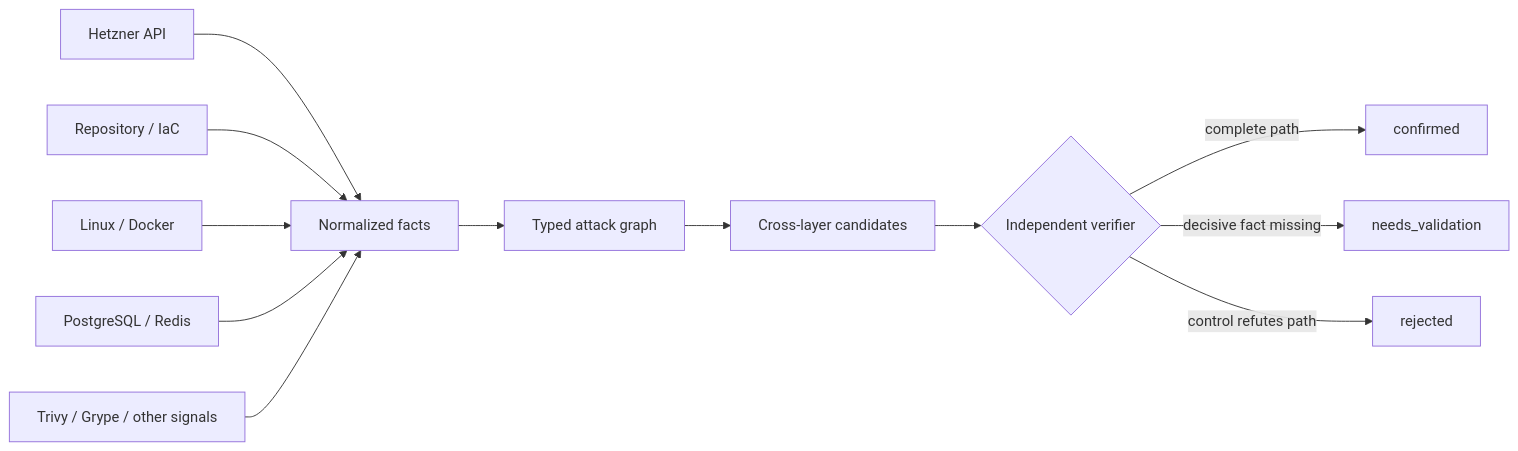
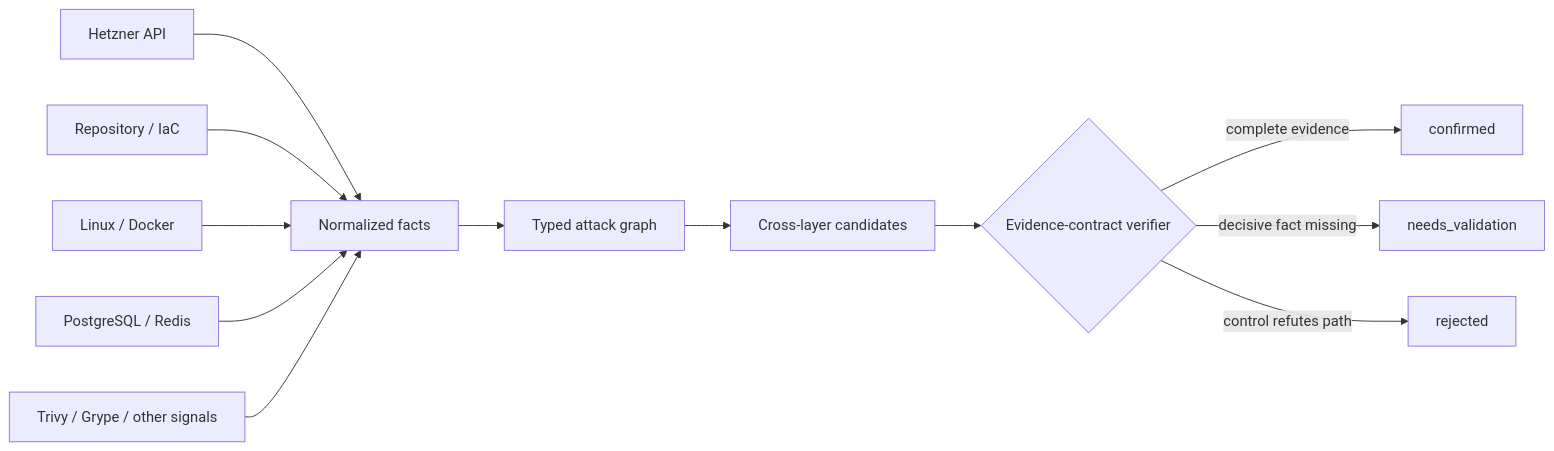
The diagram in README.md (jpolec/hetzner-cloud-audit-skills), drawn with Mermaid before and after one commit. The commit also changed other lines of this file and 41 other files, not shown here.

````diff
--- a/README.md
+++ b/README.md
@@ -22,14 +23,14 @@
 ```mermaid
 flowchart LR
   H[Hetzner API] --> F[Normalized facts]
   R[Repository / IaC] --> F
   L[Linux / Docker] --> F
   D[PostgreSQL / Redis] --> F
   S[Trivy / Grype / other signals] --> F
   F --> G[Typed attack graph]
   G --> C[Cross-layer candidates]
-  C --> V{Independent verifier}
-  V -->|complete path| OK[confirmed]
+  C --> V{Evidence-contract verifier}
+  V -->|complete evidence| OK[confirmed]
   V -->|decisive fact missing| NV[needs_validation]
   V -->|control refutes path| NO[rejected]
 ```
````
